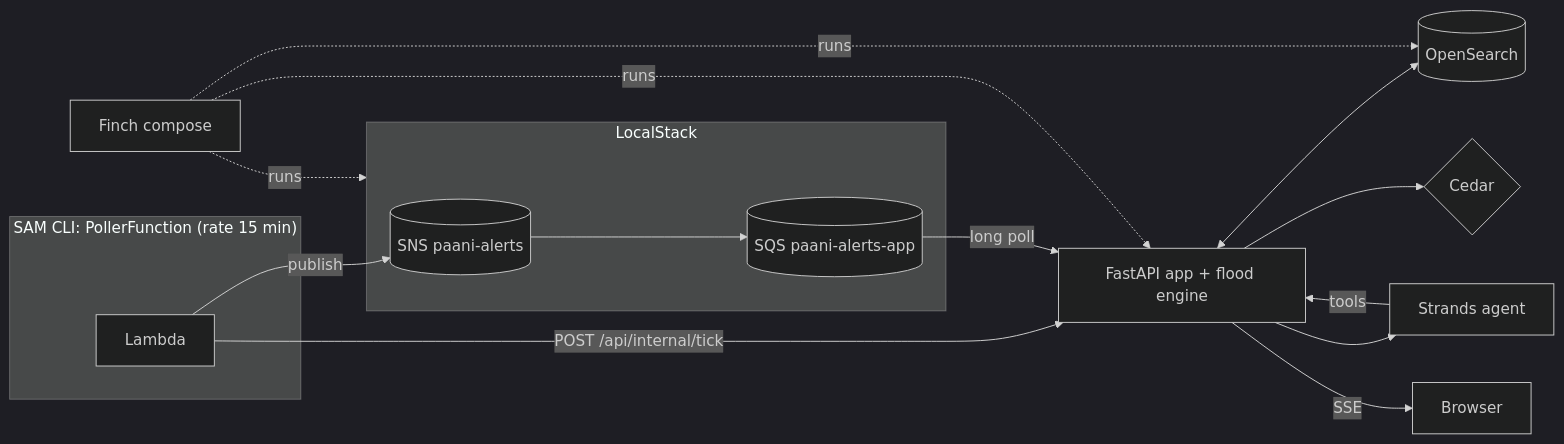
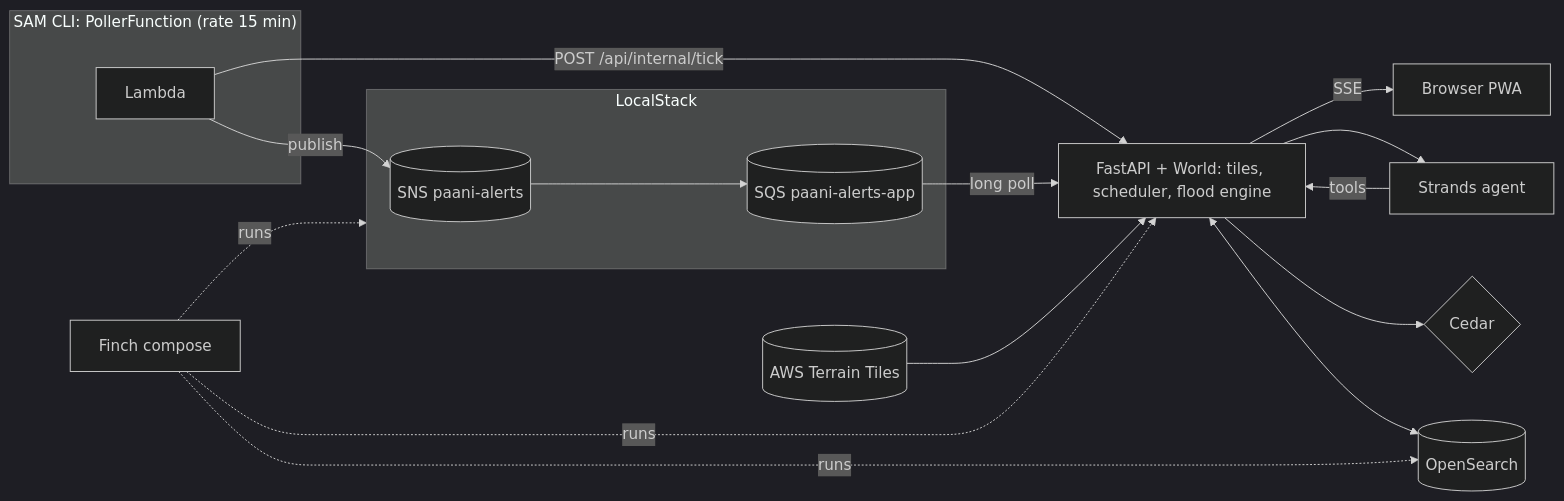
One commit to chinchoooo/paani-kahan changed the diagram in README.md. Above: the diagram before and after it, drawn with Mermaid (dark theme). The commit also changed other lines of this file and 4 other files, not shown here.

Commit message:
Architecture doc; README, demo plan and writeup for v3

````diff
--- a/README.md
+++ b/README.md
@@ -159,20 +154,21 @@
 ```mermaid
 flowchart LR
   subgraph SAM["SAM CLI: PollerFunction (rate 15 min)"]
     L[Lambda]
   end
   L -- "POST /api/internal/tick" --> APP
   L -- publish --> SNS[(SNS paani-alerts)]
   SNS --> SQS[(SQS paani-alerts-app)]
   subgraph LS[LocalStack]
     SNS
     SQS
   end
-  SQS -- long poll --> APP[FastAPI app + flood engine]
+  SQS -- long poll --> APP[FastAPI + World: tiles, scheduler, flood engine]
   APP <--> OS[(OpenSearch)]
   APP --> AG[Strands agent]
   AG -- tools --> APP
   APP --> CE{Cedar}
-  APP -- SSE --> UI[Browser]
+  APP -- SSE --> UI[Browser PWA]
+  T[(AWS Terrain Tiles)] --> APP
   F[Finch compose] -.runs.-> OS & LS & APP
 ```
````
